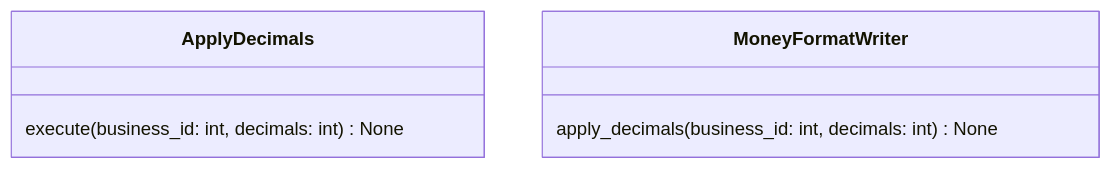
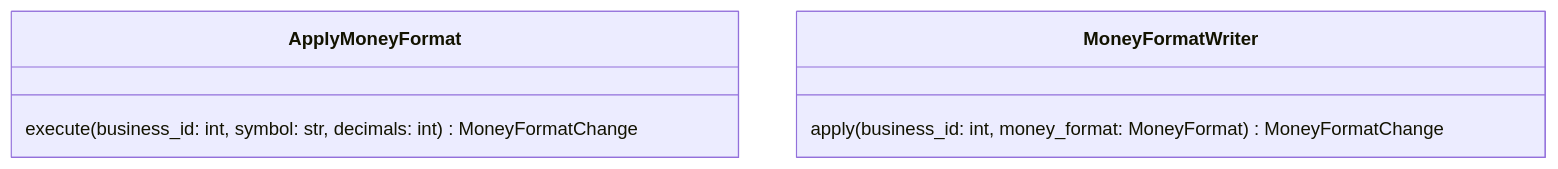
The third of 4 diagrams in docs/architecture/generated/classes/money_format.md (GonzaloZevallos/apostrophe), drawn with Mermaid before and after one commit. The commit also changed other lines of this file and 12 other files, not shown here.

First line of the commit message:
Document the money format save, the raise through the rescale and the cents gap

````diff
--- a/docs/architecture/generated/classes/money_format.md
+++ b/docs/architecture/generated/classes/money_format.md
@@ -54,9 +73,9 @@
 ```mermaid
 classDiagram
-  class ApplyDecimals {
-    execute(business_id: int, decimals: int) None
+  class ApplyMoneyFormat {
+    execute(business_id: int, symbol: str, decimals: int) MoneyFormatChange
   }
   class MoneyFormatWriter {
-    apply_decimals(business_id: int, decimals: int) None
+    apply(business_id: int, money_format: MoneyFormat) MoneyFormatChange
   }
 ```
````
